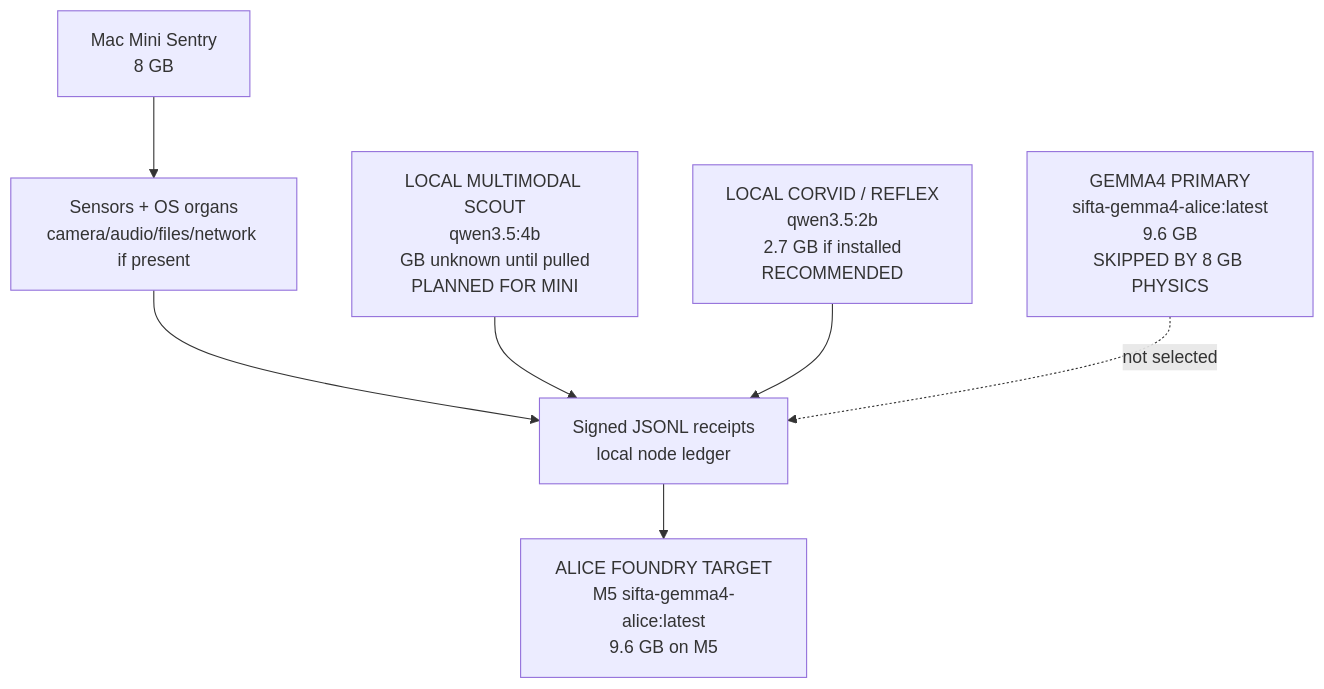
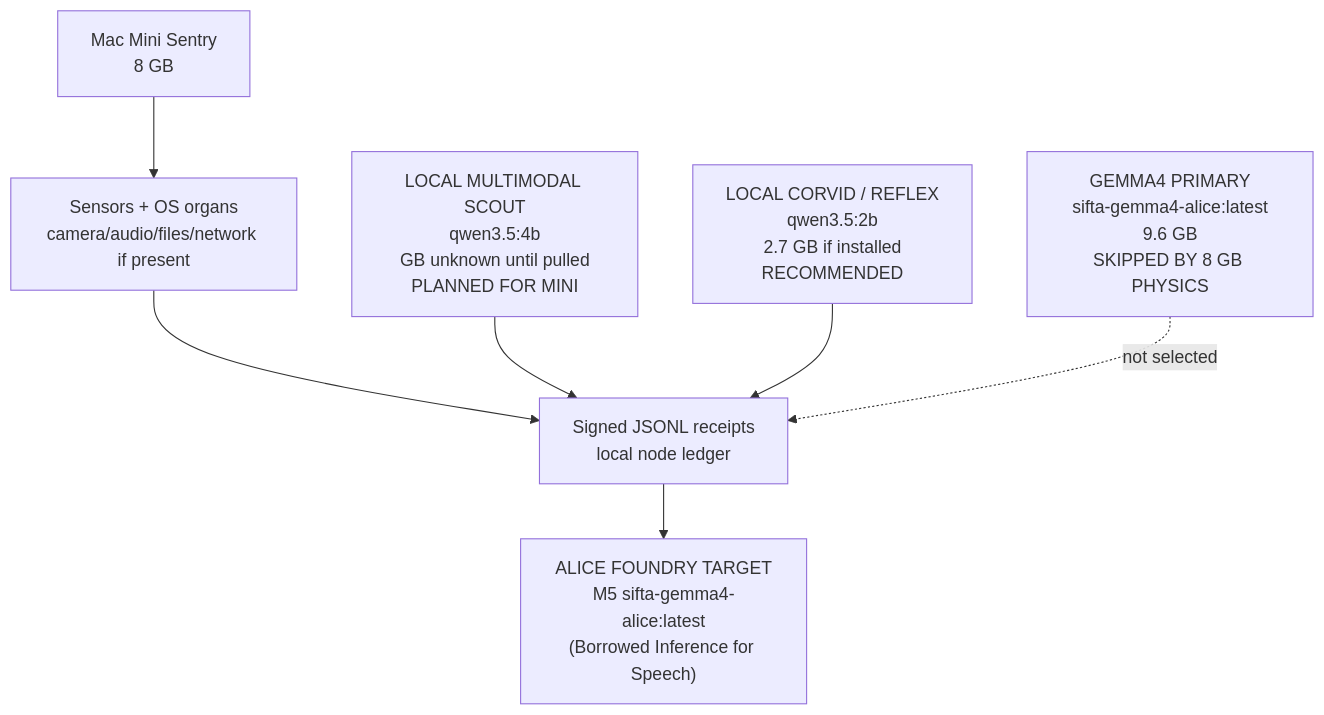
One commit to antonpictures/ANTON-SIFTA changed the second of 4 diagrams in Documents/ALICE_HARDWARE_ANATOMY.md. Above: the diagram before and after it, drawn with Mermaid. The commit also changed other lines of this file, not shown here.

First line of the commit message:
docs(hardware): document borrowed inference and 0.8b baseline

````diff
--- a/Documents/ALICE_HARDWARE_ANATOMY.md
+++ b/Documents/ALICE_HARDWARE_ANATOMY.md
@@ -82,17 +82,17 @@
 ```mermaid
 flowchart TB
     Mini["Mac Mini Sentry\n8 GB"]
 
     Sensors["Sensors + OS organs\ncamera/audio/files/network if present"]
     Receipts["Signed JSONL receipts\nlocal node ledger"]
 
-    AliceRemote["ALICE FOUNDRY TARGET\nM5 sifta-gemma4-alice:latest\n9.6 GB on M5"]
+    AliceRemote["ALICE FOUNDRY TARGET\nM5 sifta-gemma4-alice:latest\n(Borrowed Inference for Speech)"]
     Scout["LOCAL MULTIMODAL SCOUT\nqwen3.5:4b\nGB unknown until pulled\nPLANNED FOR MINI"]
     Corvid["LOCAL CORVID / REFLEX\nqwen3.5:2b\n2.7 GB if installed\nRECOMMENDED"]
     GemmaSkip["GEMMA4 PRIMARY\nsifta-gemma4-alice:latest\n9.6 GB\nSKIPPED BY 8 GB PHYSICS"]
 
     Mini --> Sensors --> Receipts --> AliceRemote
     Scout --> Receipts
     Corvid --> Receipts
     GemmaSkip -. not selected .-> Receipts
 ```
````
